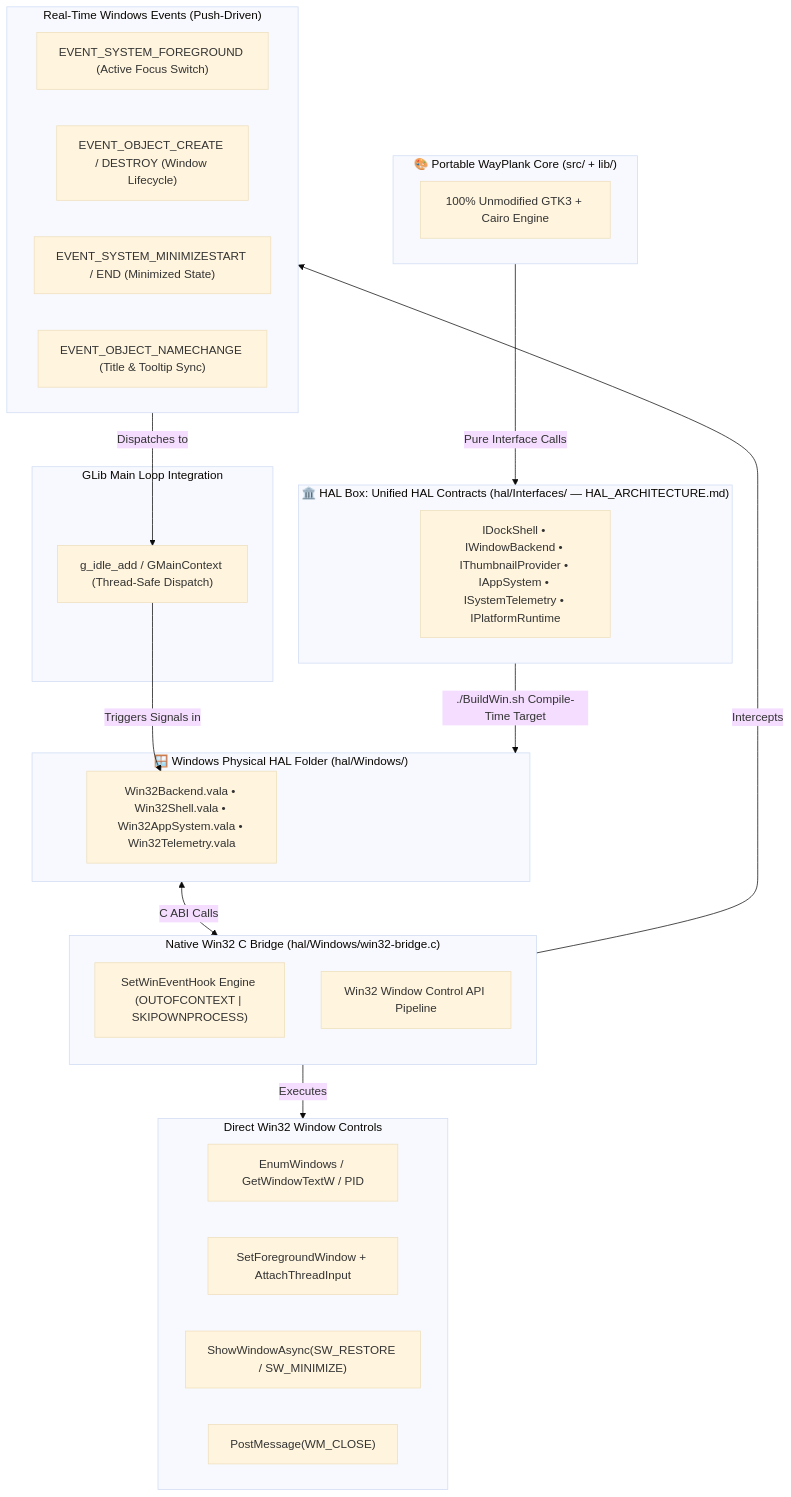
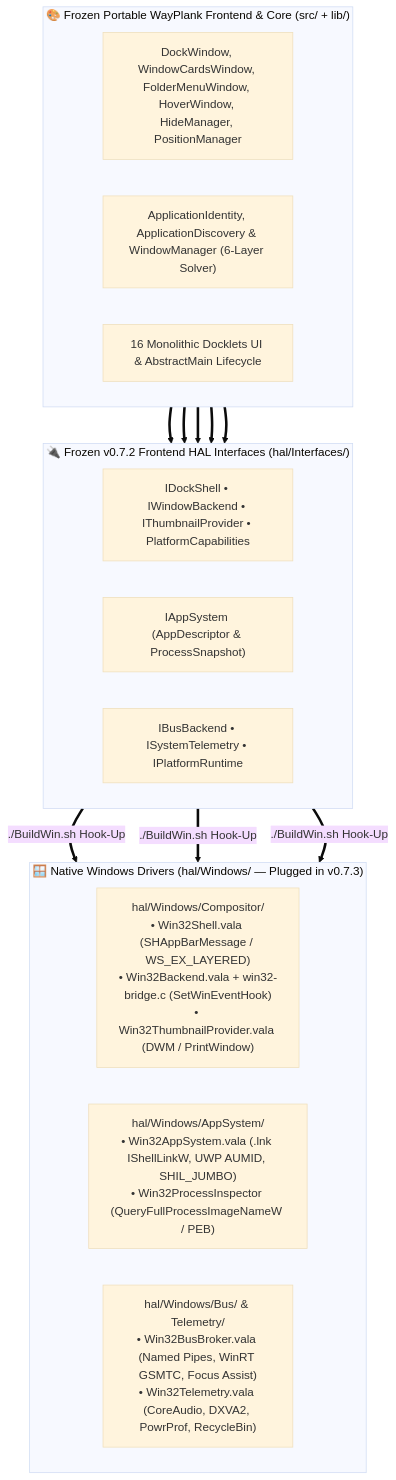
One commit to sergiomelas/WayPlank changed the third of 7 diagrams in Documentation/WINPLANK_PORT_BATTLE_PLAN.md. Above: the diagram before and after it, drawn with Mermaid (base theme). The commit also changed other lines of this file and 76 other files, not shown here.

````diff
--- a/Documentation/WINPLANK_PORT_BATTLE_PLAN.md
+++ b/Documentation/WINPLANK_PORT_BATTLE_PLAN.md
@@ -109,46 +110,30 @@
 ```mermaid
 flowchart TD
-    subgraph CORE ["🎨 Portable WayPlank Core (src/ + lib/)"]
-        UI["100% Unmodified GTK3 + Cairo Engine"]
+    subgraph FRONTEND ["🎨 Frozen Portable WayPlank Frontend & Core (src/ + lib/)"]
+        direction LR
+        UI_WIN["DockWindow, WindowCardsWindow, FolderMenuWindow, HoverWindow, HideManager, PositionManager"]
+        ID_CORE["ApplicationIdentity, ApplicationDiscovery & WindowManager (6-Layer Solver)"]
+        DOCKLETS["16 Monolithic Docklets UI & AbstractMain Lifecycle"]
     end
 
-    subgraph HAL_CONTRACTS ["🏛️ HAL Box: Unified HAL Contracts (hal/Interfaces/ — HAL_ARCHITECTURE.md)"]
-        IFACE["IDockShell • IWindowBackend • IThumbnailProvider • IAppSystem • ISystemTelemetry • IPlatformRuntime"]
+    subgraph HAL_CONTRACTS ["🔌 Frozen v0.7.2 Frontend HAL Interfaces (hal/Interfaces/)"]
+        direction LR
+        C_COMP["IDockShell • IWindowBackend • IThumbnailProvider • PlatformCapabilities"]
+        C_APP["IAppSystem (AppDescriptor & ProcessSnapshot)"]
+        C_BUS["IBusBackend • ISystemTelemetry • IPlatformRuntime"]
     end
 
-    subgraph DRIVER ["🪟 Windows Physical HAL Folder (hal/Windows/)"]
-        W32B["Win32Backend.vala • Win32Shell.vala • Win32AppSystem.vala • Win32Telemetry.vala"]
+    subgraph WIN_DRIVERS ["🪟 Native Windows Drivers (hal/Windows/ — Plugged in v0.7.3)"]
+        direction LR
+        W_COMP["hal/Windows/Compositor/\n• Win32Shell.vala (SHAppBarMessage / WS_EX_LAYERED)\n• Win32Backend.vala + win32-bridge.c (SetWinEventHook)\n• Win32ThumbnailProvider.vala (DWM / PrintWindow)"]
+        W_APP["hal/Windows/AppSystem/\n• Win32AppSystem.vala (.lnk IShellLinkW, UWP AUMID, SHIL_JUMBO)\n• Win32ProcessInspector (QueryFullProcessImageNameW / PEB)"]
+        W_BUS["hal/Windows/Bus/ & Telemetry/\n• Win32BusBroker.vala (Named Pipes, WinRT GSMTC, Focus Assist)\n• Win32Telemetry.vala (CoreAudio, DXVA2, PowrProf, RecycleBin)"]
     end
 
-    subgraph BRIDGE ["Native Win32 C Bridge (hal/Windows/win32-bridge.c)"]
-        direction TB
-        HOOK["SetWinEventHook Engine (OUTOFCONTEXT | SKIPOWNPROCESS)"]
-        API["Win32 Window Control API Pipeline"]
-    end
-
-    subgraph EVENTS ["Real-Time Windows Events (Push-Driven)"]
-        E1["EVENT_SYSTEM_FOREGROUND (Active Focus Switch)"]
-        E2["EVENT_OBJECT_CREATE / DESTROY (Window Lifecycle)"]
-        E3["EVENT_SYSTEM_MINIMIZESTART / END (Minimized State)"]
-        E4["EVENT_OBJECT_NAMECHANGE (Title & Tooltip Sync)"]
-    end
-
-    subgraph CONTROLS ["Direct Win32 Window Controls"]
-        C1["EnumWindows / GetWindowTextW / PID"]
-        C2["SetForegroundWindow + AttachThreadInput"]
-        C3["ShowWindowAsync(SW_RESTORE / SW_MINIMIZE)"]
-        C4["PostMessage(WM_CLOSE)"]
-    end
-
-    subgraph GLIB_LOOP ["GLib Main Loop Integration"]
-        GMAIN["g_idle_add / GMainContext (Thread-Safe Dispatch)"]
-    end
-
-    CORE -->|"Pure Interface Calls"| HAL_CONTRACTS
-    HAL_CONTRACTS -->|"./BuildWin.sh Compile-Time Target"| DRIVER
-    DRIVER <-->|"C ABI Calls"| BRIDGE
-    HOOK -->|"Intercepts"| EVENTS
-    EVENTS -->|"Dispatches to"| GMAIN
-    GMAIN -->|"Triggers Signals in"| W32B
-    BRIDGE -->|"Executes"| CONTROLS
+    UI_WIN ==> C_COMP
+    ID_CORE ==> C_COMP & C_APP & C_BUS
+    DOCKLETS ==> C_BUS
+    C_COMP ==>|"./BuildWin.sh Hook-Up"| W_COMP
+    C_APP ==>|"./BuildWin.sh Hook-Up"| W_APP
+    C_BUS ==>|"./BuildWin.sh Hook-Up"| W_BUS
 ```
````
